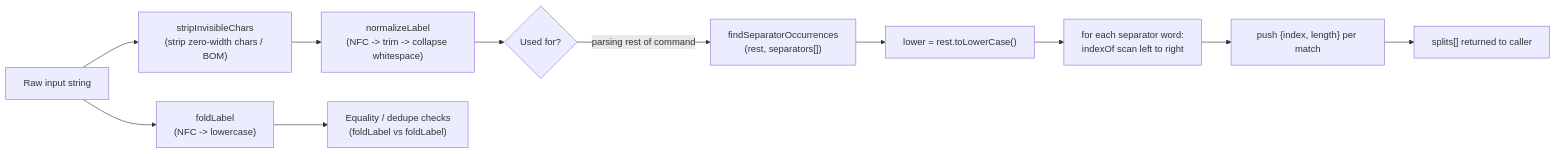
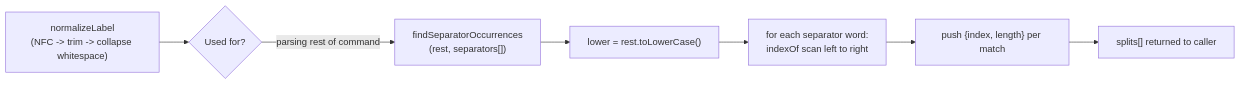
One commit to jgyy/architect-model changed the second of 2 diagrams in docs/categories/label-normalization.md. Above: the diagram before and after it, drawn with Mermaid. The commit also changed other lines of this file and 31 other files, not shown here.

Commit message:
docs: split mermaids into 2 for easier viewing (#52)

````diff
--- a/docs/categories/label-normalization.md
+++ b/docs/categories/label-normalization.md
@@ -7,13 +19,9 @@
 ```mermaid
 flowchart LR
-    A["Raw input string"] --> B["stripInvisibleChars\n(strip zero-width chars / BOM)"]
-    B --> C["normalizeLabel\n(NFC -> trim -> collapse whitespace)"]
-    A --> D["foldLabel\n(NFC -> lowercase)"]
-    C --> E{"Used for?"}
-    D --> F["Equality / dedupe checks\n(foldLabel vs foldLabel)"]
+    C["normalizeLabel\n(NFC -> trim -> collapse whitespace)"] --> E{"Used for?"}
     E -->|"parsing rest of command"| G["findSeparatorOccurrences\n(rest, separators[])"]
     G --> H["lower = rest.toLowerCase()"]
     H --> I["for each separator word:\nindexOf scan left to right"]
     I --> J["push {index, length} per match"]
     J --> K["splits[] returned to caller"]
 ```
````
